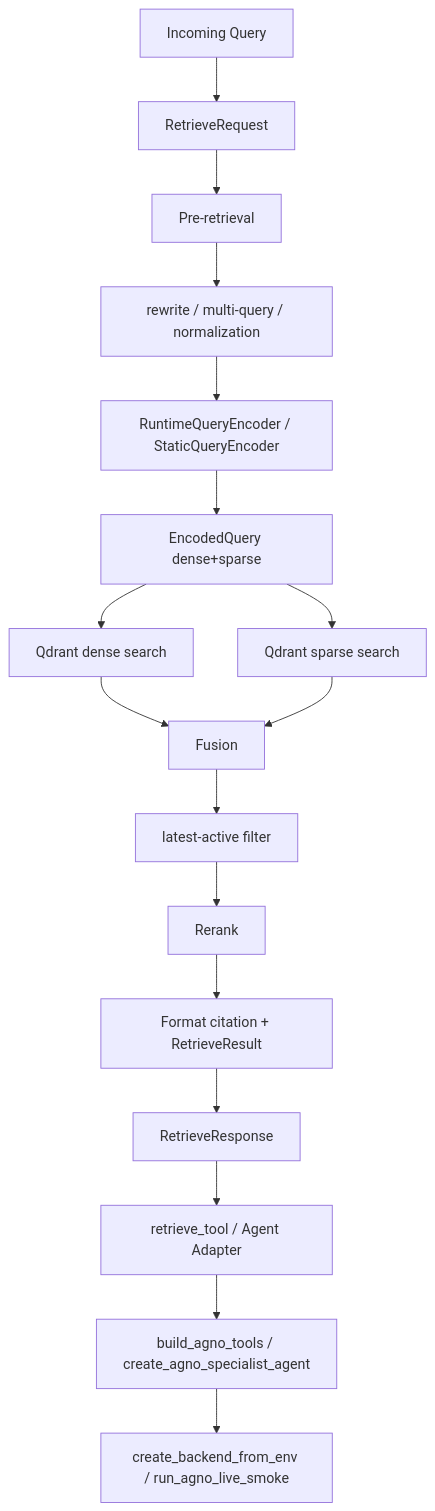
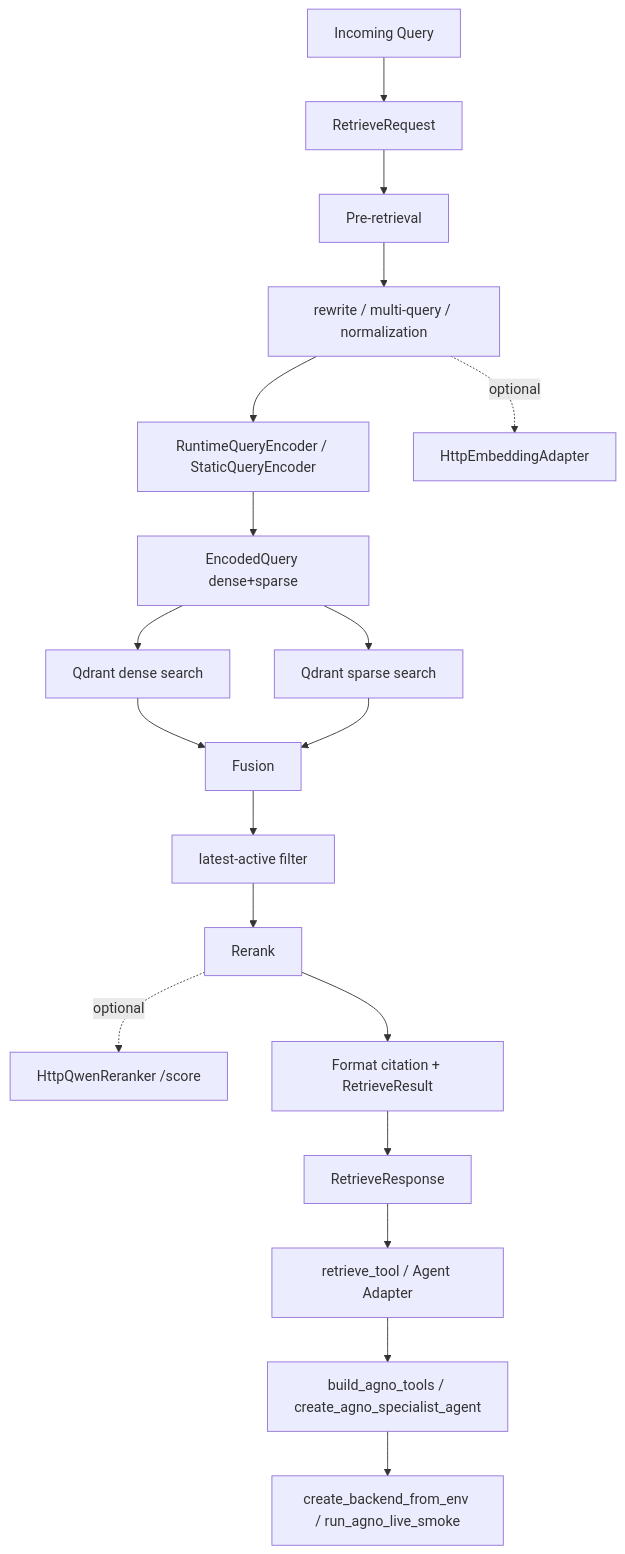
The third of 7 diagrams in docs/architecture/system-flow.md (myyang19770915/RAG_Agno_pipeline), drawn with Mermaid before and after one commit. The commit also changed 17 other files, not shown here.

Commit message:
feat: add qwen http adapters and project scaffolding

````diff
--- a/docs/architecture/system-flow.md
+++ b/docs/architecture/system-flow.md
@@ -45,19 +45,21 @@
 ```mermaid
 flowchart TD
     A[Incoming Query] --> B[RetrieveRequest]
     B --> C[Pre-retrieval]
     C --> D[rewrite / multi-query / normalization]
     D --> E[RuntimeQueryEncoder / StaticQueryEncoder]
+    D -. optional .-> E1[HttpEmbeddingAdapter]
     E --> F[EncodedQuery dense+sparse]
     F --> G[Qdrant dense search]
     F --> H[Qdrant sparse search]
     G --> I[Fusion]
     H --> I
     I --> J[latest-active filter]
     J --> K[Rerank]
+    K -. optional .-> K1[HttpQwenReranker /score]
     K --> L[Format citation + RetrieveResult]
     L --> M[RetrieveResponse]
     M --> N[retrieve_tool / Agent Adapter]
     N --> O[build_agno_tools / create_agno_specialist_agent]
     O --> P[create_backend_from_env / run_agno_live_smoke]
 ```
````
